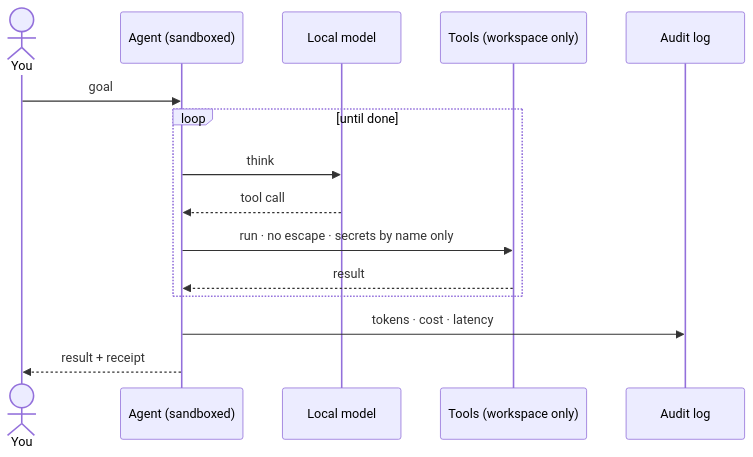
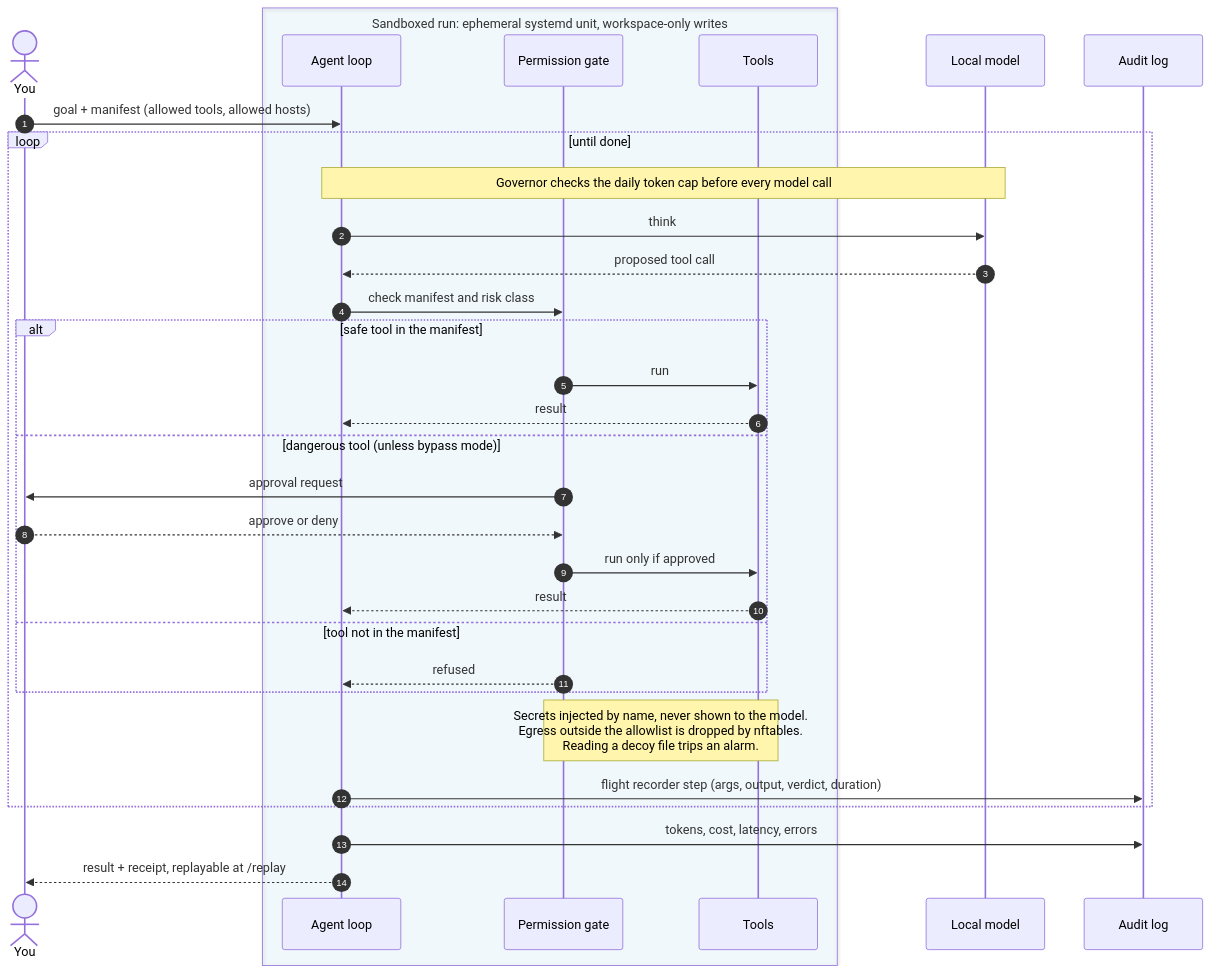
One commit to EricFinland/hearth changed the second of 2 diagrams in README.md. Above: the diagram before and after it, drawn with Mermaid.

Commit message:
docs(readme): show the whole containment path in the run diagram
The sandbox boundary, the permission gate with its three outcomes
(safe, approval, refused), the governor check, the egress wall and
tripwires, and the per-step flight recorder, numbered in order.

````diff
--- a/README.md
+++ b/README.md
@@ -75,18 +75,35 @@
 ```mermaid
 sequenceDiagram
+  autonumber
   actor You
-  participant Agent as Agent (sandboxed)
+  box rgba(95,208,255,0.07) Sandboxed run: ephemeral systemd unit, workspace-only writes
+    participant Agent as Agent loop
+    participant Gate as Permission gate
+    participant Tools as Tools
+  end
   participant Model as Local model
-  participant Tools as Tools (workspace only)
   participant Audit as Audit log
 
-  You->>Agent: goal
+  You->>Agent: goal + manifest (allowed tools, allowed hosts)
   loop until done
+    Note over Agent,Model: Governor checks the daily token cap before every model call
     Agent->>Model: think
-    Model-->>Agent: tool call
-    Agent->>Tools: run · no escape · secrets by name only
-    Tools-->>Agent: result
+    Model-->>Agent: proposed tool call
+    Agent->>Gate: check manifest and risk class
+    alt safe tool in the manifest
+      Gate->>Tools: run
+      Tools-->>Agent: result
+    else dangerous tool (unless bypass mode)
+      Gate->>You: approval request
+      You-->>Gate: approve or deny
+      Gate->>Tools: run only if approved
+      Tools-->>Agent: result
+    else tool not in the manifest
+      Gate-->>Agent: refused
+    end
+    Note over Gate,Tools: Secrets injected by name, never shown to the model.<br/>Egress outside the allowlist is dropped by nftables.<br/>Reading a decoy file trips an alarm.
+    Agent->>Audit: flight recorder step (args, output, verdict, duration)
   end
-  Agent->>Audit: tokens · cost · latency
-  Agent-->>You: result + receipt
+  Agent->>Audit: tokens, cost, latency, errors
+  Agent-->>You: result + receipt, replayable at /replay
 ```
````
